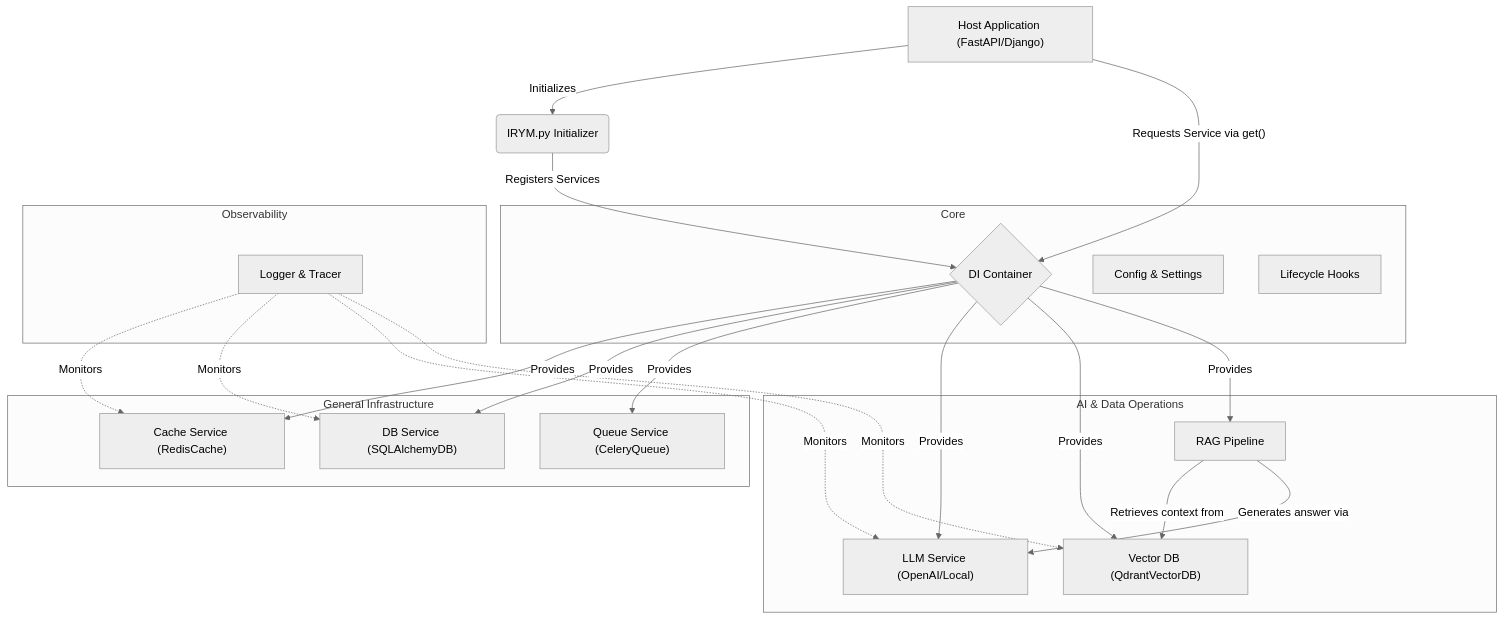
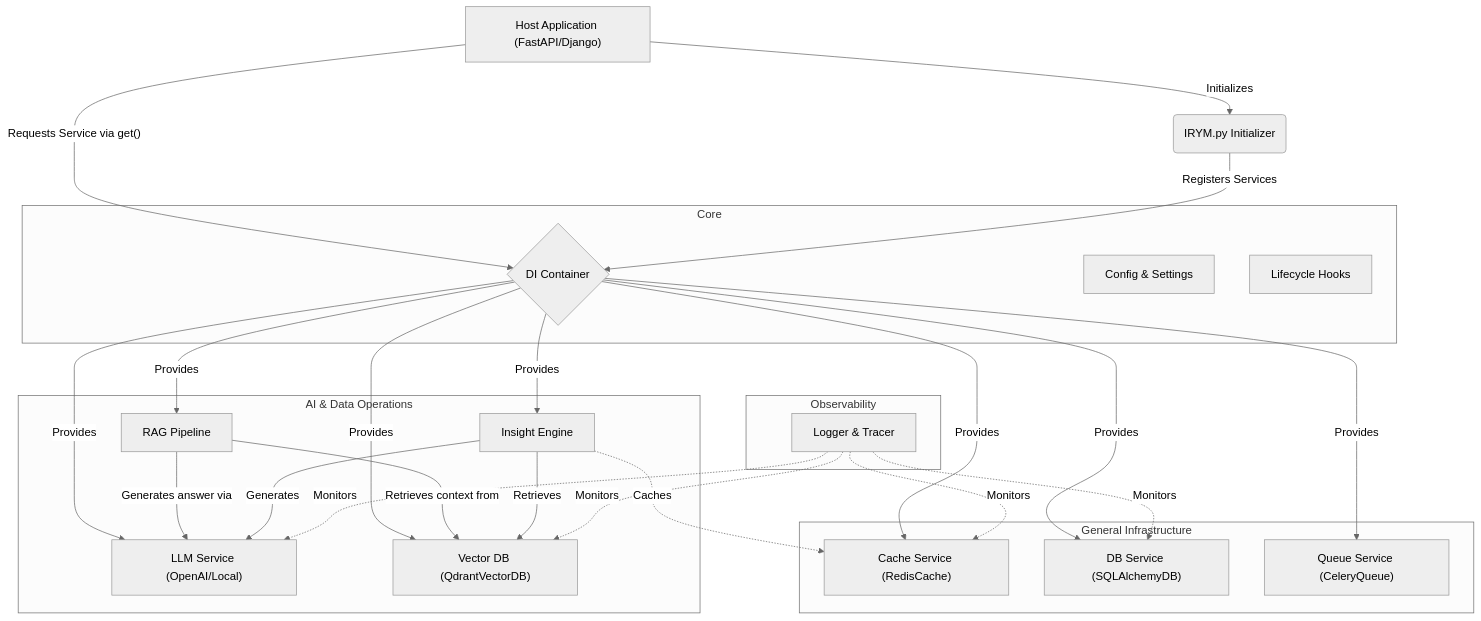
Before and after one commit to blackeagle686/IRYM_sdk: the diagram in README.md, drawn with Mermaid (neutral theme). The commit also changed other lines of this file and 6 other files, not shown here.

````diff
--- a/README.md
+++ b/README.md
@@ -11,34 +11,39 @@
 ```mermaid
 graph TD
     APP["Host Application (FastAPI/Django)"] -->|"Initializes"| INIT("IRYM.py Initializer")
     APP -->|"Requests Service via get()"| DI{"DI Container"}
     INIT -->|"Registers Services"| DI
     
     subgraph Core
         DI
         CONF["Config & Settings"]
         LFC["Lifecycle Hooks"]
     end
     
     subgraph General Infrastructure
         DI -->|"Provides"| CACHE["Cache Service (RedisCache)"]
         DI -->|"Provides"| DB["DB Service (SQLAlchemyDB)"]
         DI -->|"Provides"| QUEUE["Queue Service (CeleryQueue)"]
     end
     
     subgraph AI & Data Operations
         DI -->|"Provides"| LLM["LLM Service (OpenAI/Local)"]
         DI -->|"Provides"| VDB["Vector DB (QdrantVectorDB)"]
         DI -->|"Provides"| RAG["RAG Pipeline"]
+        DI -->|"Provides"| INSIGHT["Insight Engine"]
         
         RAG -->|"Retrieves context from"| VDB
         RAG -->|"Generates answer via"| LLM
+        
+        INSIGHT -->|"Retrieves"| VDB
+        INSIGHT -->|"Generates"| LLM
+        INSIGHT -.->|"Caches"| CACHE
     end
     
     subgraph Observability
         OBS["Logger & Tracer"] -.->|"Monitors"| CACHE
         OBS -.->|"Monitors"| DB
         OBS -.->|"Monitors"| LLM
         OBS -.->|"Monitors"| VDB
     end
 ```
````
